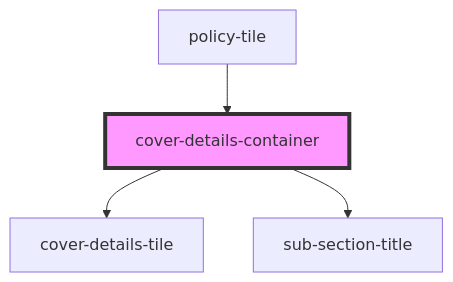
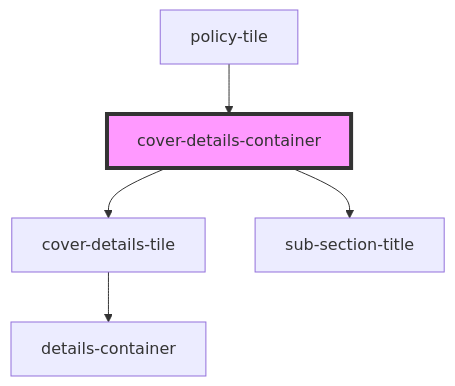
Before and after one commit to Cardiff-Ook/poc-component-library: the diagram in docs/components/page-layout/cover-details-container/readme.md, drawn with Mermaid. The commit also changed other lines of this file and 69 other files, not shown here.

````diff
--- a/docs/components/page-layout/cover-details-container/readme.md
+++ b/docs/components/page-layout/cover-details-container/readme.md
@@ -27,7 +27,8 @@
 ```mermaid
 graph TD;
   cover-details-container --> cover-details-tile
   cover-details-container --> sub-section-title
+  cover-details-tile --> details-container
   policy-tile --> cover-details-container
   style cover-details-container fill:#f9f,stroke:#333,stroke-width:4px
 ```
````
